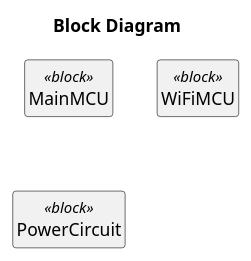
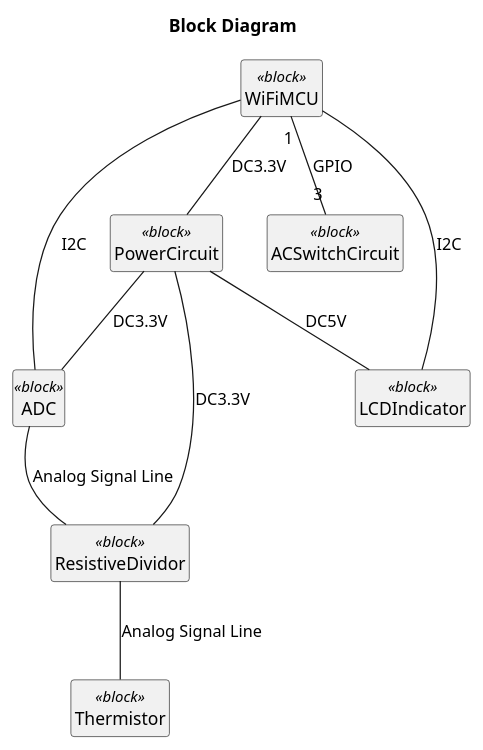
One commit to ShujiMikami/RenjiSystemProject changed the diagram in RequirementsAndSpecs/BlockDiagram/BlockDiagram.plantuml. Above: the diagram before and after it, drawn with PlantUML. The commit also changed 2 other files, not shown here.

Commit message:
メモと, ブロック図更新

```diff
--- a/RequirementsAndSpecs/BlockDiagram/BlockDiagram.plantuml
+++ b/RequirementsAndSpecs/BlockDiagram/BlockDiagram.plantuml
@@ -1,17 +1,50 @@
 @startuml
 
 title Block Diagram 
 
 hide circle
 hide method
 hide empty members
 
-class "MainMCU" as BlockMCU <<block>>{
 
+class "WiFiMCU" as BlockWiFiMCU  <<block>>{
 }
-class "WiFiMCU" as BlockWiFi  <<block>>{
+class "ADC" as BlockADC <<block>>{
 }
 class "PowerCircuit" as BlockPowerCircuit <<block>>{
 }
+class "ACSwitchCircuit" as BlockACSwitchCircuit <<block>>{
+}
+class "LCDIndicator" as BlockLCDIndicator <<block>>{
+}
+class "ResistiveDividor" as BlockResistiveDividor <<block>>{
+}
+class "Thermistor" as BlockThermistor <<block>>{
+}
 
+'WifiMCUとADCはI2Cで接続
+BlockWiFiMCU -- BlockADC : I2C
+
+'WifiMCUには3.3Vを供給
+BlockWiFiMCU -- BlockPowerCircuit : DC3.3V
+
+BlockWiFiMCU "1"--"3" BlockACSwitchCircuit : GPIO
+
+'WifiMCUとLCDはI2Cで接続
+BlockWiFiMCU -- BlockLCDIndicator : I2C
+
+'LCDには5Vを供給
+BlockPowerCircuit -- BlockLCDIndicator : DC5V
+
+'ResistiveDividorには3.3Vを供給
+BlockPowerCircuit -- BlockResistiveDividor : DC3.3V
+
+'ADCには3.3Vを供給
+BlockPowerCircuit -- BlockADC : DC3.3V
+
+'ADCに, ResistiveDividorの入力をキャプチャさせる
+BlockADC -- BlockResistiveDividor : Analog Signal Line
+
+'ResistiveDividorに, サーミスタを接続
+BlockResistiveDividor -- BlockThermistor : Analog Signal Line
 @enduml
```
